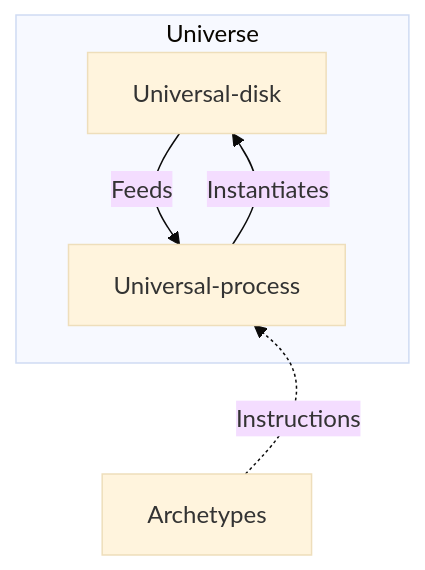
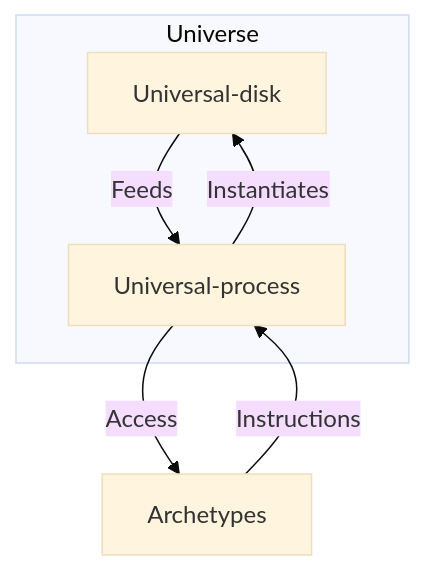
Before and after one commit to ruanfh/writings: the second of 5 diagrams in metaphysics/reality_structure.md, drawn with Mermaid (base theme). The commit also changed other lines of this file, not shown here.

````diff
--- a/metaphysics/reality_structure.md
+++ b/metaphysics/reality_structure.md
@@ -51,11 +56,11 @@
 ```mermaid
 flowchart TB
 	subgraph U[Universe]
 		S[Universal-disk]
 		C[Universal-process]
 		end
 	S --Feeds--> C
-	C ~~~ A[Archetypes]
-    A -.Instructions.-> C
+	C --Access--> A[Archetypes]
+    A --Instructions--> C
 	C --Instantiates--> S 
 ```
````
